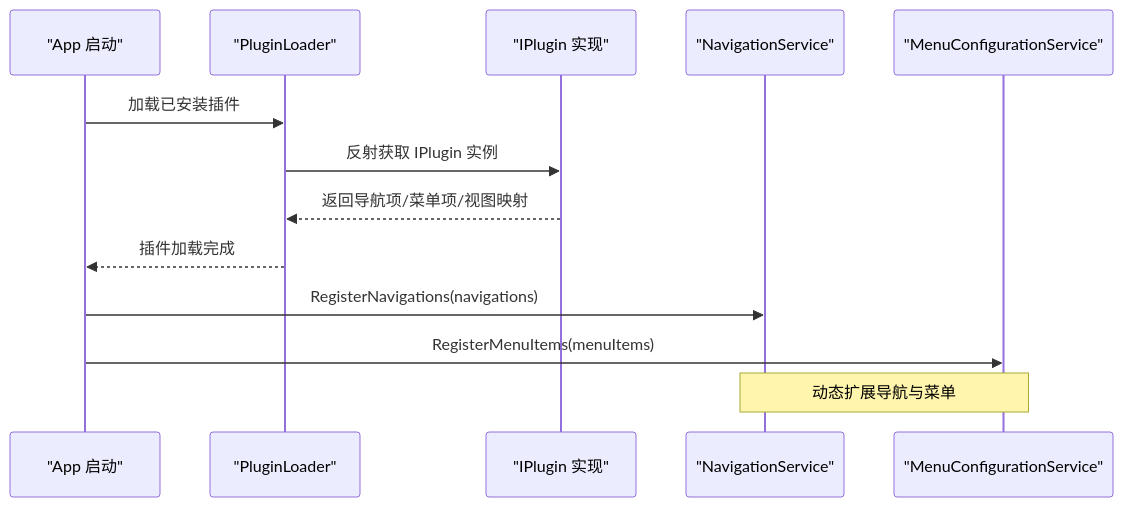
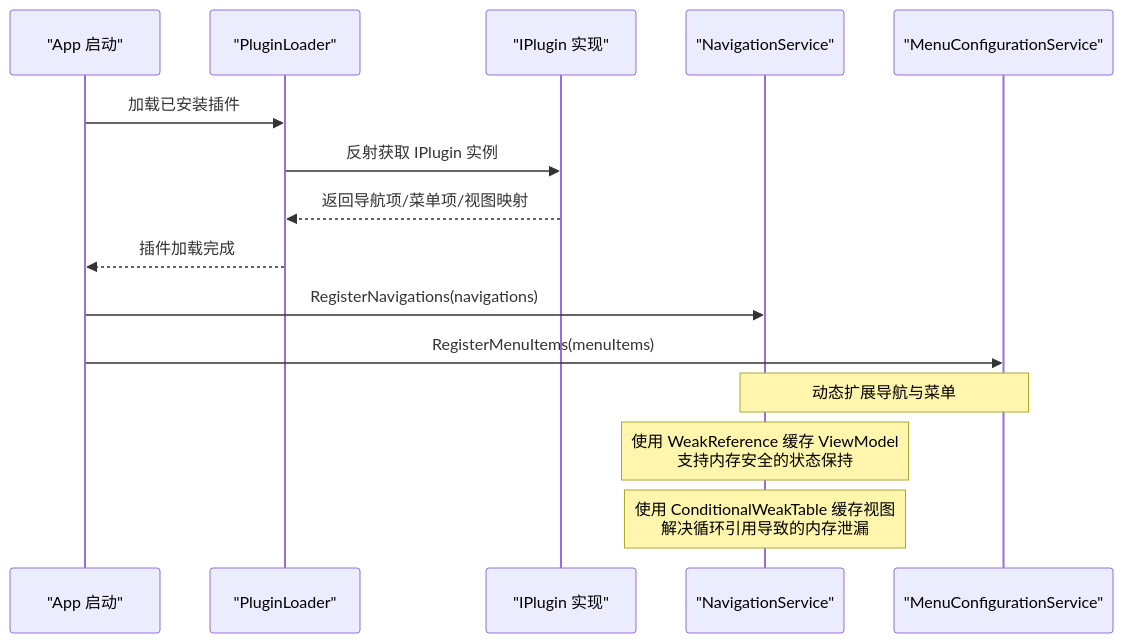
One commit to lytree/AvaloniaTemplate changed the second of 9 diagrams in .qoder/repowiki/zh/content/核心服务组件/导航服务.md. Above: the diagram before and after it, drawn with Mermaid. The commit also changed other lines of this file and 15 other files, not shown here.

````diff
--- a/.qoder/repowiki/zh/content/核心服务组件/导航服务.md
+++ b/.qoder/repowiki/zh/content/核心服务组件/导航服务.md
@@ -115,15 +123,17 @@
 ```mermaid
 sequenceDiagram
 participant App as "App 启动"
 participant Loader as "PluginLoader"
 participant Plugin as "IPlugin 实现"
 participant Nav as "NavigationService"
 participant Menu as "MenuConfigurationService"
 App->>Loader : 加载已安装插件
 Loader->>Plugin : 反射获取 IPlugin 实例
 Plugin-->>Loader : 返回导航项/菜单项/视图映射
 Loader-->>App : 插件加载完成
 App->>Nav : RegisterNavigations(navigations)
 App->>Menu : RegisterMenuItems(menuItems)
 Note over Nav,Menu : 动态扩展导航与菜单
+Note over Nav : 使用 WeakReference 缓存 ViewModel<br/>支持内存安全的状态保持
+Note over Nav : 使用 ConditionalWeakTable 缓存视图<br/>解决循环引用导致的内存泄漏
 ```
````
